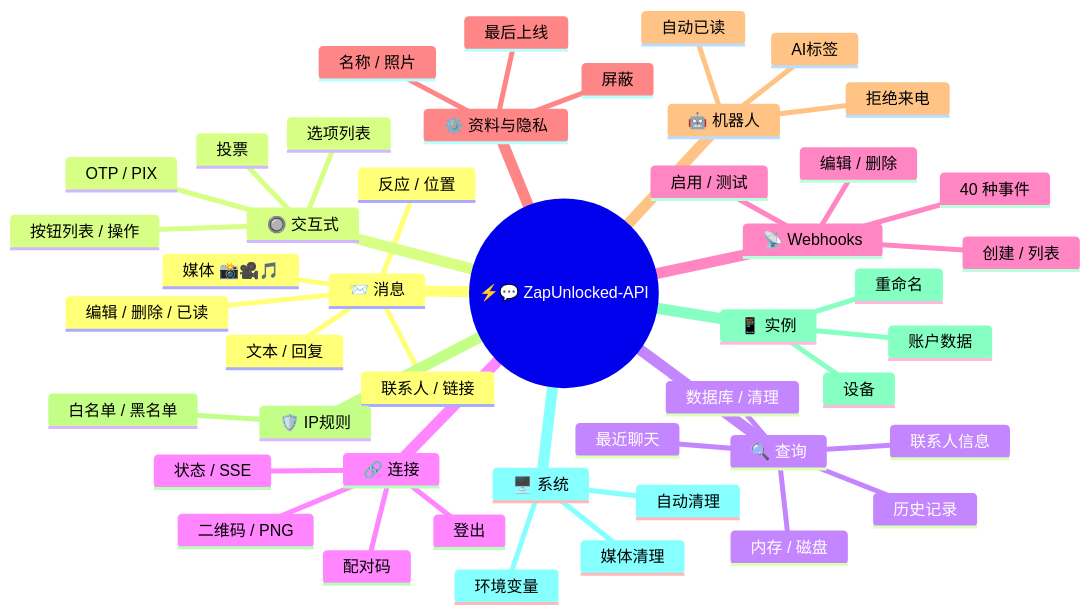
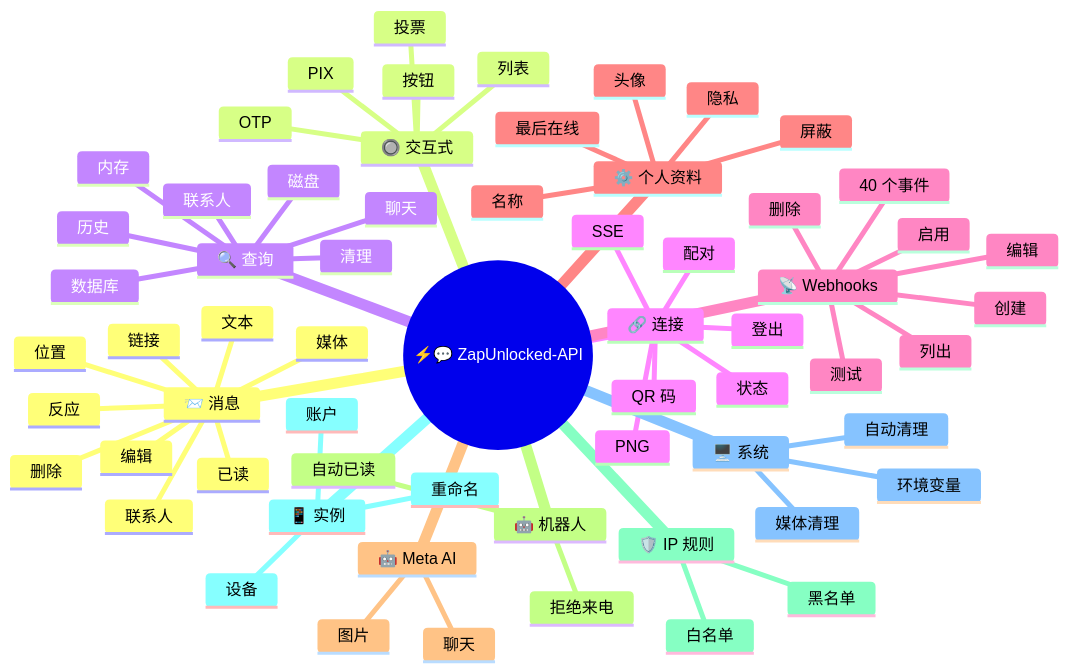
The first of 2 diagrams in docs/translations/zh.md (kauafpssx/ZapUnlocked-API), drawn with Mermaid before and after one commit. The commit also changed other lines of this file and 12 other files, not shown here.

````diff
--- a/docs/translations/zh.md
+++ b/docs/translations/zh.md
@@ -55,49 +56,75 @@
 ```mermaid
 mindmap
   root((⚡💬 ZapUnlocked-API))
     📨 消息
-      文本 / 回复
-      媒体 📸🎥🎵
-      反应 / 位置
-      联系人 / 链接
-      编辑 / 删除 / 已读
+      文本
+      媒体
+      反应
+      位置
+      联系人
+      链接
+      编辑
+      删除
+      已读
+
     🔘 交互式
-      按钮列表 / 操作
-      OTP / PIX
-      选项列表
+      按钮
+      列表
+      OTP
+      PIX
       投票
+
     🔍 查询
-      联系人信息
-      历史记录
-      最近聊天
-      内存 / 磁盘
-      数据库 / 清理
+      联系人
+      历史
+      聊天
+      内存
+      磁盘
+      数据库
+      清理
+
     🔗 连接
-      状态 / SSE
-      二维码 / PNG
-      配对码
+      状态
+      SSE
+      QR 码
+      PNG
+      配对
       登出
+
     📡 Webhooks
-       创建 / 列表
-       编辑 / 删除
-       启用 / 测试
-       40 种事件
-    ⚙️ 资料与隐私
-      名称 / 照片
-      最后上线
+      创建
+      列出
+      编辑
+      删除
+      启用
+      测试
+      40 个事件
+
+    ⚙️ 个人资料
+      名称
+      头像
+      隐私
+      最后在线
       屏蔽
+
+    🤖 Meta AI
+      聊天
+      图片
     🤖 机器人
-      AI标签
+      自动已读
       拒绝来电
-      自动已读
-    🛡️ IP规则
-      白名单 / 黑名单
+
+    🛡️ IP 规则
+      白名单
+      黑名单
+
     📱 实例
-      账户数据
+      账户
       设备
       重命名
+
     🖥️ 系统
       环境变量
       媒体清理
       自动清理
 ```
````
